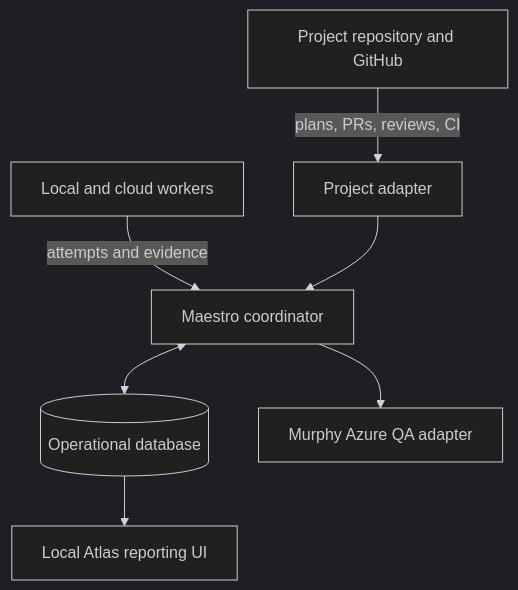
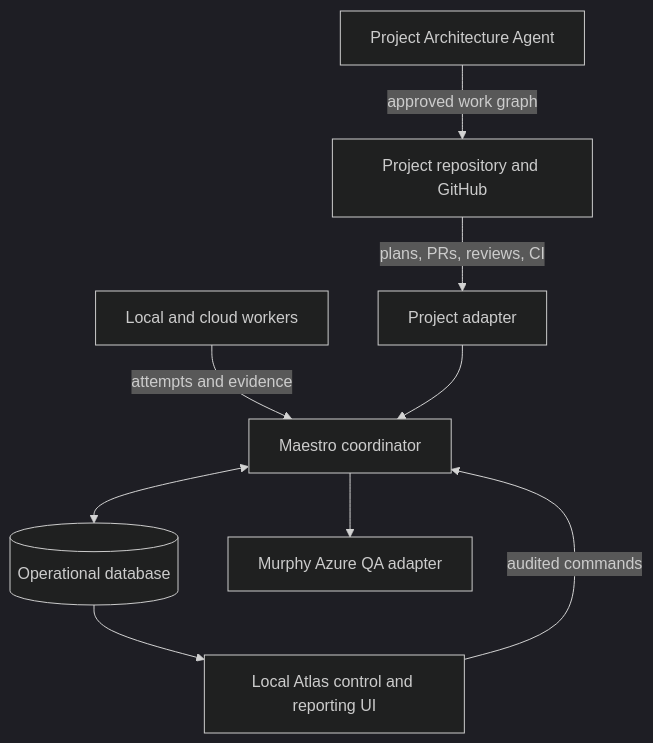
Before and after one commit to jmiedreich-ux/Maestro: the first of 2 diagrams in docs/planning/maestro-master-plan.md, drawn with Mermaid (dark theme). The commit also changed other lines of this file, not shown here.

Commit message:
docs: define Maestro agent workforce control plane

````diff
--- a/docs/planning/maestro-master-plan.md
+++ b/docs/planning/maestro-master-plan.md
@@ -24,9 +30,11 @@
 ```mermaid
 flowchart TD
   Repo["Project repository and GitHub"] -->|"plans, PRs, reviews, CI"| Sync["Project adapter"]
+  Architecture["Project Architecture Agent"] -->|"approved work graph"| Repo
   Workers["Local and cloud workers"] -->|"attempts and evidence"| Core["Maestro coordinator"]
   Sync --> Core
   Core <--> DB[("Operational database")]
-  DB --> Atlas["Local Atlas reporting UI"]
+  DB --> Atlas["Local Atlas control and reporting UI"]
+  Atlas -->|"audited commands"| Core
   Core --> Murphy["Murphy Azure QA adapter"]
 ```
````
